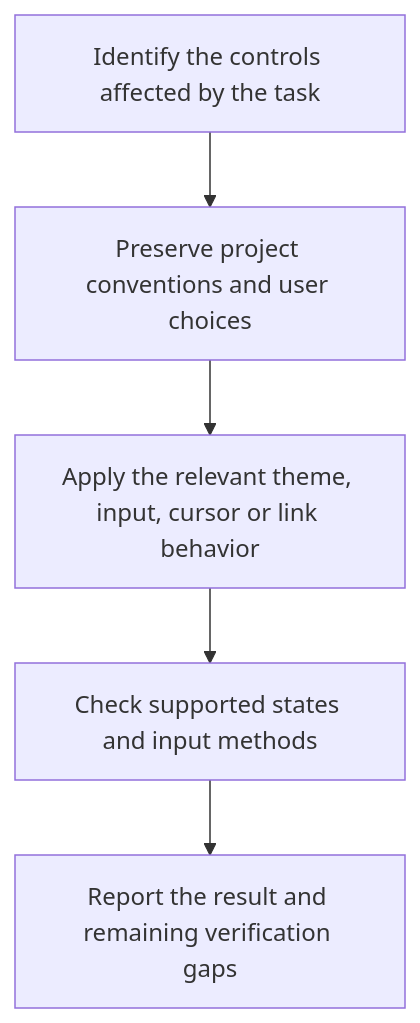
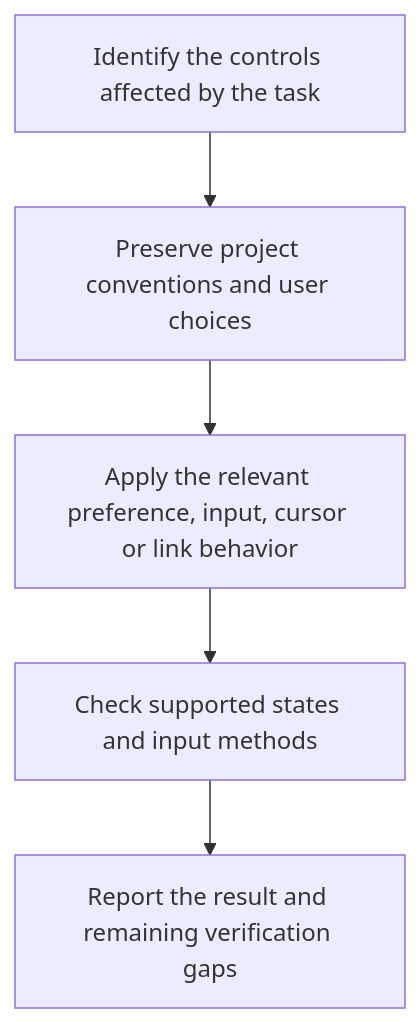
One commit to myowinthein/agent-helm changed the diagram in docs/rules/interaction.md. Above: the diagram before and after it, drawn with Mermaid. The commit also changed other lines of this file and 6 other files, not shown here.

````diff
--- a/docs/rules/interaction.md
+++ b/docs/rules/interaction.md
@@ -19,7 +19,7 @@
 ```mermaid
 flowchart TD
   Task["Identify the controls affected by the task"] --> Existing["Preserve project conventions and user choices"]
-  Existing --> Behavior["Apply the relevant theme, input, cursor or link behavior"]
+  Existing --> Behavior["Apply the relevant preference, input, cursor or link behavior"]
   Behavior --> Check["Check supported states and input methods"]
   Check --> Result["Report the result and remaining verification gaps"]
 ```
````
